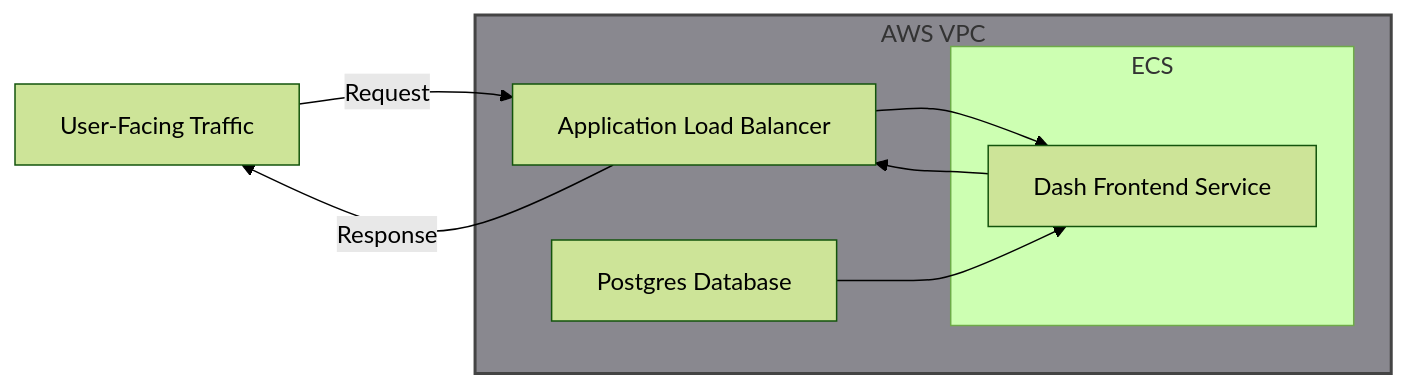
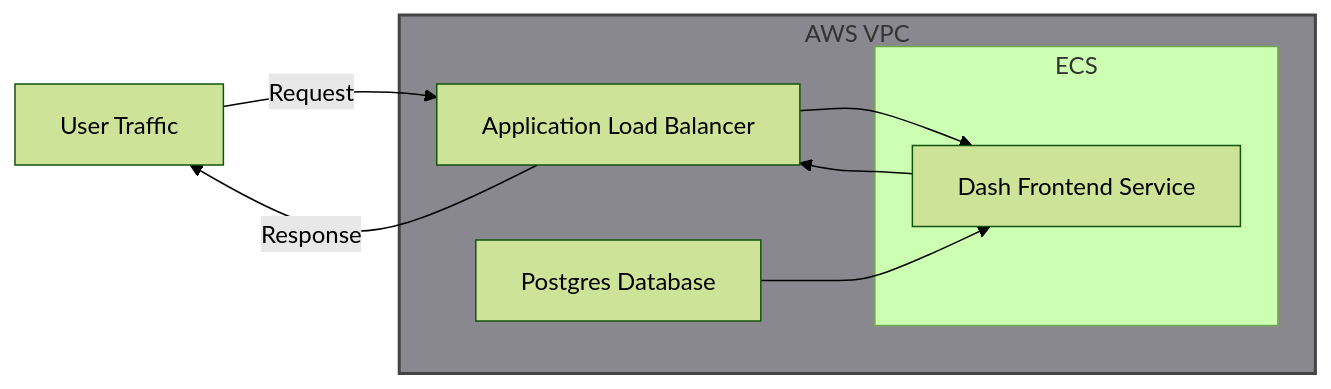
One commit to jyablonski/doqs changed the diagram in src/content/docs/services/dash_frontend.md. Above: the diagram before and after it, drawn with Mermaid (forest theme). The commit also changed other lines of this file and 9 other files, not shown here.

````diff
--- a/src/content/docs/services/dash_frontend.md
+++ b/src/content/docs/services/dash_frontend.md
@@ -12,17 +12,17 @@
 ``` mermaid
 graph LR
-    User[User-Facing Traffic] -->|Request| ALB[Application Load Balancer]
+    User[User Traffic] -->|Request| ALB[Application Load Balancer]
     ALB -->|Response| User
     ALB --> DASH[Dash Frontend Service]
     DASH --> ALB
     DB[Postgres Database] --> DASH
     subgraph VPC[AWS VPC]
         ALB
         DB
         subgraph ECSBox[ECS]
             DASH
         end
     end
 
   style VPC fill:#89888f,stroke:#444444,stroke-width:2px
 ```
````
